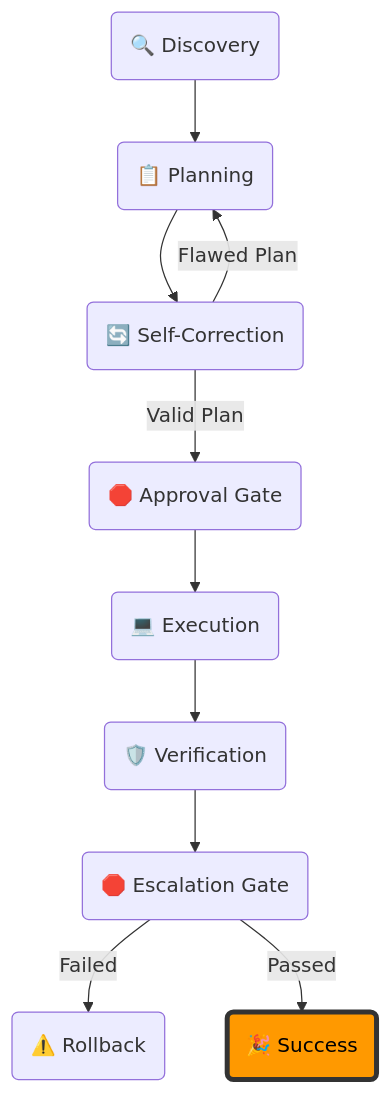
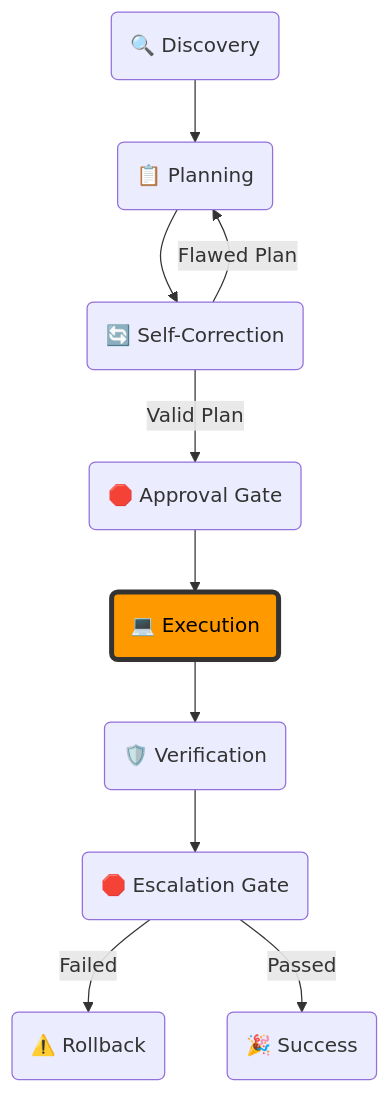
One commit to dnguyen029/telemetry-dashboard changed the diagram in production_artifacts/agent_live.md. Above: the diagram before and after it, drawn with Mermaid. The commit also changed other lines of this file and 10 other files, not shown here.

````diff
--- a/production_artifacts/agent_live.md
+++ b/production_artifacts/agent_live.md
@@ -16,13 +16,13 @@
 ```mermaid
 graph TD
     Discovery(🔍 Discovery) --> Planning(📋 Planning)
     Planning --> Correction(🔄 Self-Correction)
     Correction -->|Flawed Plan| Planning
     Correction -->|Valid Plan| Approval(🛑 Approval Gate)
     Approval --> Execution(💻 Execution)
     Execution --> Verification(🛡️ Verification)
     Verification --> Escalation(🛑 Escalation Gate)
     Escalation -->|Failed| Rollback(⚠️ Rollback)
     Escalation -->|Passed| Success(🎉 Success)
-    style Success fill:#ff9900,stroke:#333,stroke-width:4px,color:#000
+    style Execution fill:#ff9900,stroke:#333,stroke-width:4px,color:#000
 ```
````
